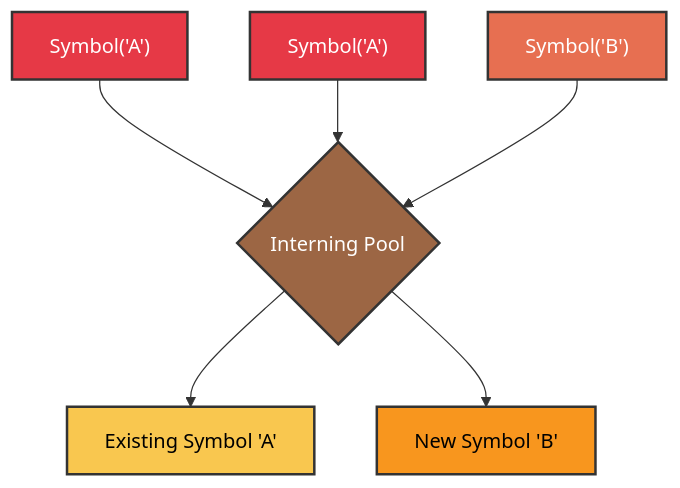
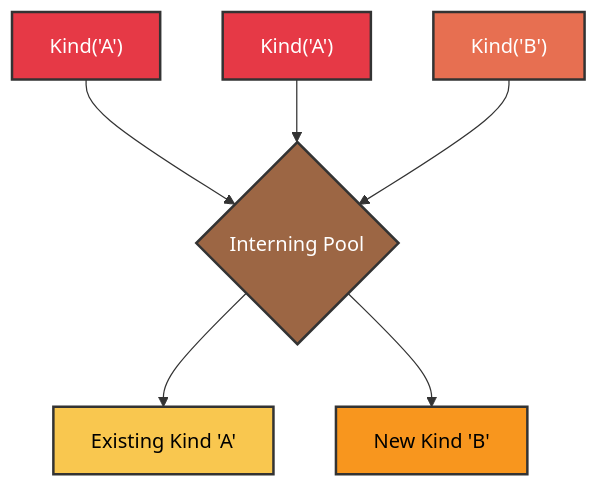
The first of 3 diagrams in docs/topics/1_kind_fundamental_building_block/index.md (ikko/kind), drawn with Mermaid before and after one commit. The commit also changed other lines of this file and 124 other files, not shown here.

First line of the commit message:
Rename symb/symbol/sym -> kind in content: Symbol -> Kind, s -> k

````diff
--- a/docs/topics/1_kind_fundamental_building_block/index.md
+++ b/docs/topics/1_kind_fundamental_building_block/index.md
@@ -18,20 +18,20 @@
 ```mermaid
 graph TD
-    A[Symbol#40;'A'#41;] --> B{Interning Pool};
-    B --> C[Existing Symbol 'A'];
-    D[Symbol#40;'A'#41;] --> B;
-    E[Symbol#40;'B'#41;] --> B;
-    B --> F[New Symbol 'B'];
+    A[Kind#40;'A'#41;] --> B{Interning Pool};
+    B --> C[Existing Kind 'A'];
+    D[Kind#40;'A'#41;] --> B;
+    E[Kind#40;'B'#41;] --> B;
+    B --> F[New Kind 'B'];
 
-    %% Symbol creation requests - use warm gold/amber
+    %% Kind creation requests - use warm gold/amber
     style A fill:#e63946,stroke:#333,stroke-width:2px,color:#FFFFFF;
     style D fill:#e63946,stroke:#333,stroke-width:2px,color:#FFFFFF;
     style E fill:#e76f51,stroke:#333,stroke-width:2px,color:#FFFFFF;
     
     %% Interning pool - central component
     style B fill:#9c6644,stroke:#333,stroke-width:2px,color:#FFFFFF;
     
-    %% Symbol instances - results
+    %% Kind instances - results
     style C fill:#f9c74f,stroke:#333,stroke-width:2px,color:#000000;
     style F fill:#f8961e,stroke:#333,stroke-width:2px,color:#000000;
 ```
````
